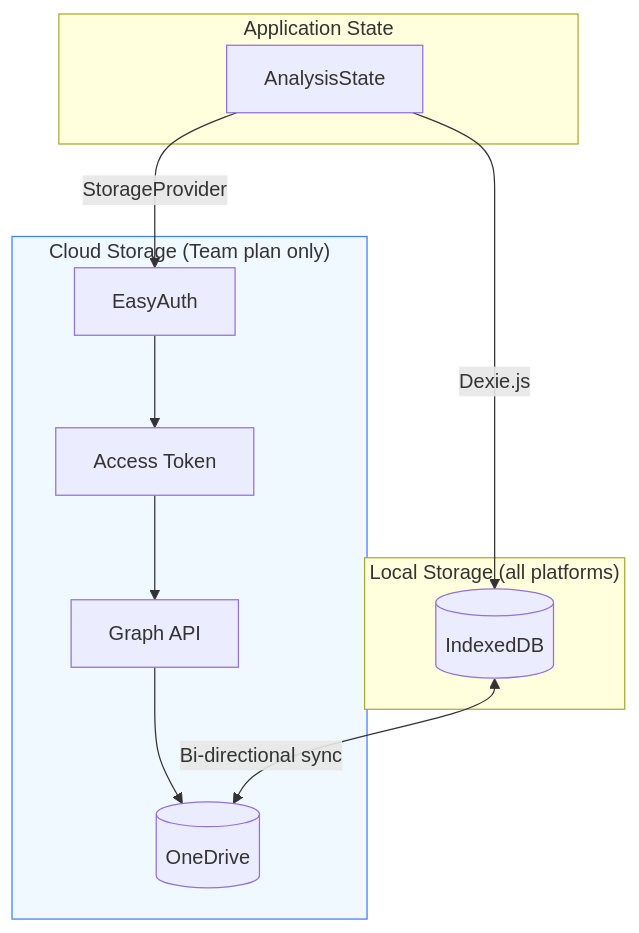
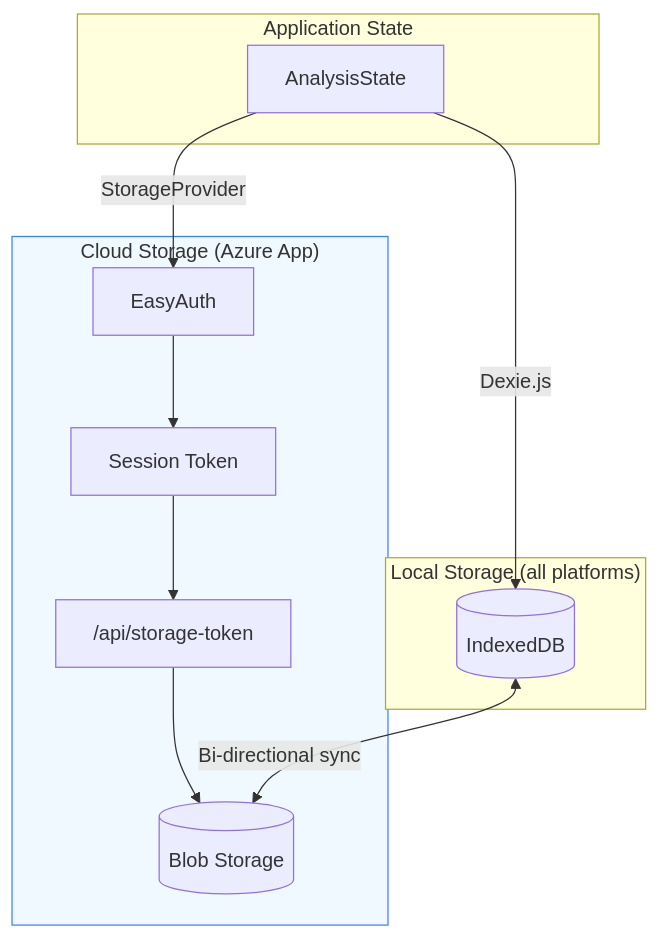
Before and after one commit to jukka-matti/variscout: the fourth of 6 diagrams in docs/05-technical/architecture/data-pipeline-map.md, drawn with Mermaid. The commit also changed other lines of this file and 55 other files, not shown here.

````diff
--- a/docs/05-technical/architecture/data-pipeline-map.md
+++ b/docs/05-technical/architecture/data-pipeline-map.md
@@ -381,22 +381,22 @@
 ```mermaid
 flowchart TB
     subgraph State["Application State"]
         AS["AnalysisState"]
     end
 
     subgraph Local["Local Storage (all platforms)"]
         IDB[("IndexedDB")]
     end
 
-    subgraph Cloud["Cloud Storage (Team plan only)"]
-        EA["EasyAuth"] --> TK["Access Token"]
-        TK --> GRAPH["Graph API"]
-        GRAPH --> OD[("OneDrive")]
+    subgraph Cloud["Cloud Storage (Azure App)"]
+        EA["EasyAuth"] --> TK["Session Token"]
+        TK --> STAPI["/api/storage-token"]
+        STAPI --> OD[("Blob Storage")]
     end
 
     AS -->|"Dexie.js"| IDB
     AS -->|"StorageProvider"| EA
     IDB <-->|"Bi-directional sync"| OD
 
     style Cloud fill:#f0f9ff,stroke:#3b82f6
 ```
````
